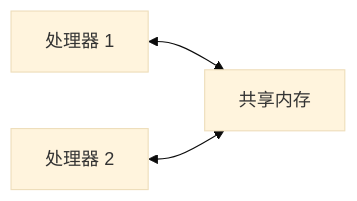
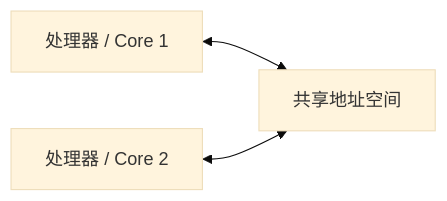
The third of 7 diagrams in 01_综合知识/01_计算机系统基础知识/01_计算机组成与体系结构/06_体系结构与并行处理/并行计算-共享内存与消息传递.md (74262195/system-architect-notes), drawn with Mermaid (base theme) before and after one commit. The commit also changed other lines of this file, not shown here.

```diff
--- a/01_综合知识/01_计算机系统基础知识/01_计算机组成与体系结构/06_体系结构与并行处理/并行计算-共享内存与消息传递.md
+++ b/01_综合知识/01_计算机系统基础知识/01_计算机组成与体系结构/06_体系结构与并行处理/并行计算-共享内存与消息传递.md
@@ -44,5 +126,5 @@
 ~~~mermaid
 flowchart LR
-    P1[处理器 1] <--> M[共享内存]
-    P2[处理器 2] <--> M
+    P1[处理器 / Core 1] <--> M[共享地址空间]
+    P2[处理器 / Core 2] <--> M
 ~~~
```
